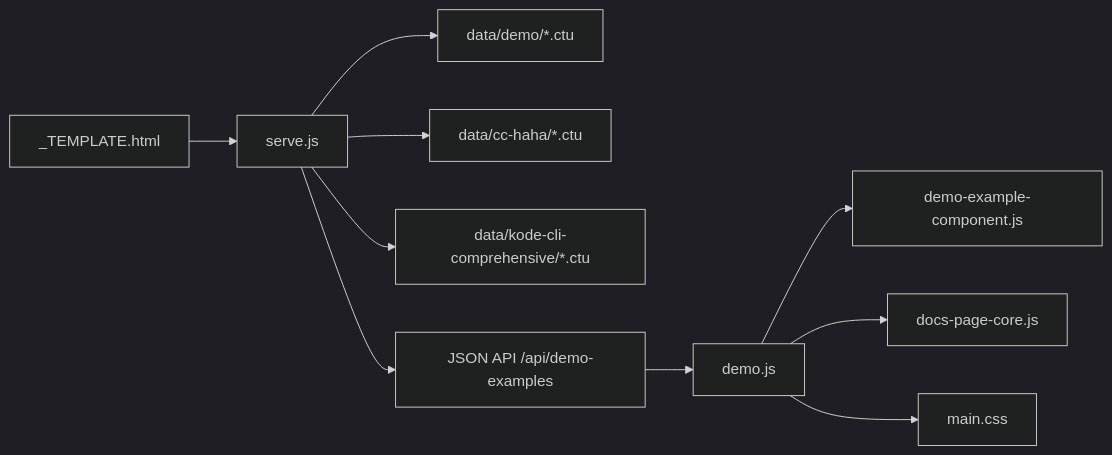
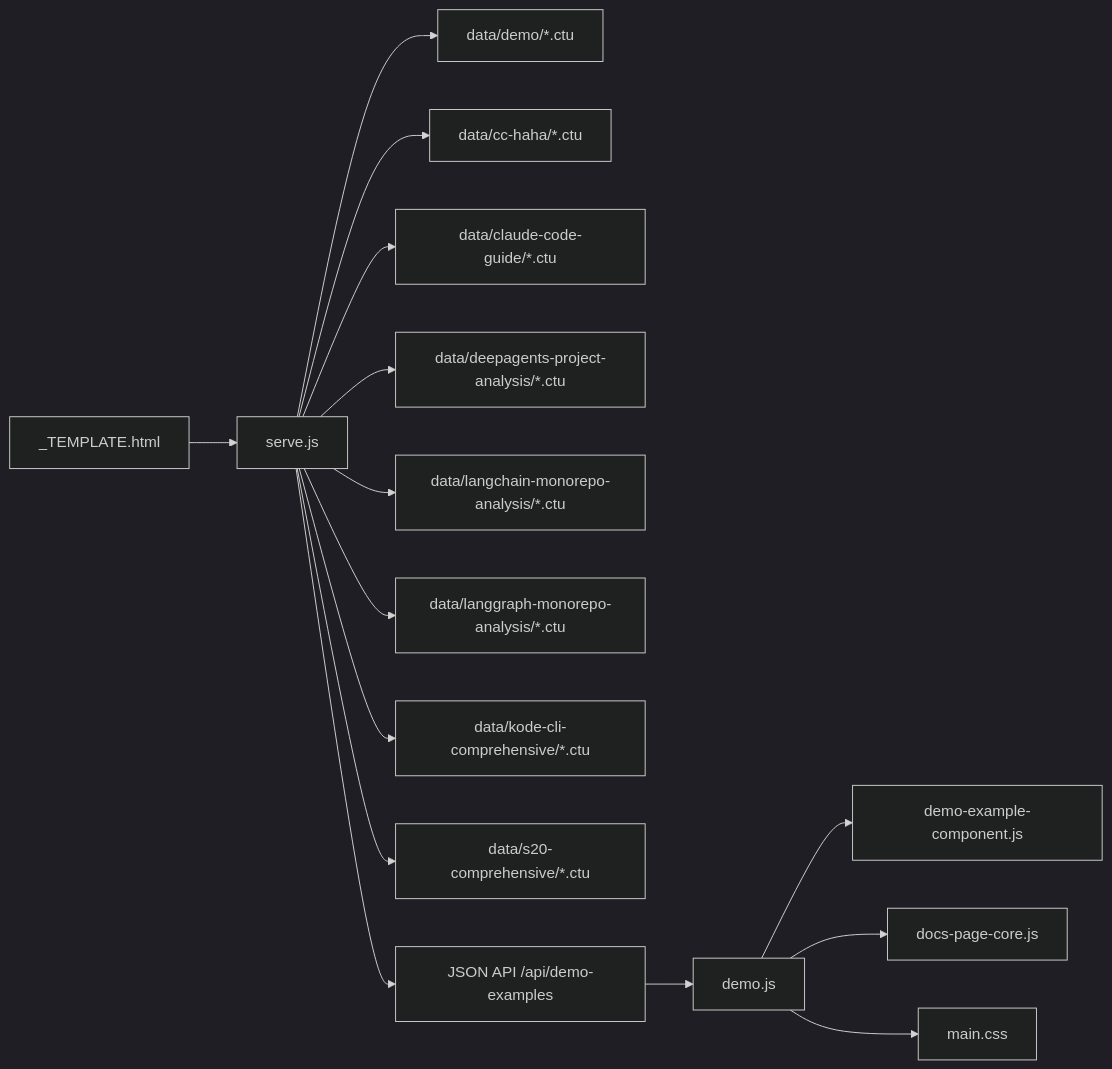
Before and after one commit to pingwurth/code-to-uml: the eighth of 8 diagrams in .qoder/repowiki/en/content/Template System/Template System.md, drawn with Mermaid (dark theme). The commit also changed other lines of this file and 48 other files, not shown here.

````diff
--- a/.qoder/repowiki/en/content/Template System/Template System.md
+++ b/.qoder/repowiki/en/content/Template System/Template System.md
@@ -342,12 +505,17 @@
 ```mermaid
 graph LR
 T["_TEMPLATE.html"] --> S["serve.js"]
 S --> D1["data/demo/*.ctu"]
 S --> D2["data/cc-haha/*.ctu"]
-S --> D3["data/kode-cli-comprehensive/*.ctu"]
+S --> D3["data/claude-code-guide/*.ctu"]
+S --> D4["data/deepagents-project-analysis/*.ctu"]
+S --> D5["data/langchain-monorepo-analysis/*.ctu"]
+S --> D6["data/langgraph-monorepo-analysis/*.ctu"]
+S --> D7["data/kode-cli-comprehensive/*.ctu"]
+S --> D8["data/s20-comprehensive/*.ctu"]
 S --> J["JSON API /api/demo-examples"]
 J --> F["demo.js"]
 F --> C1["demo-example-component.js"]
 F --> C2["docs-page-core.js"]
 F --> CSS["main.css"]
 ```
````
